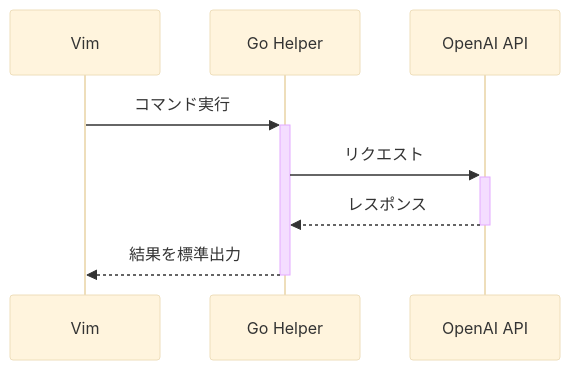
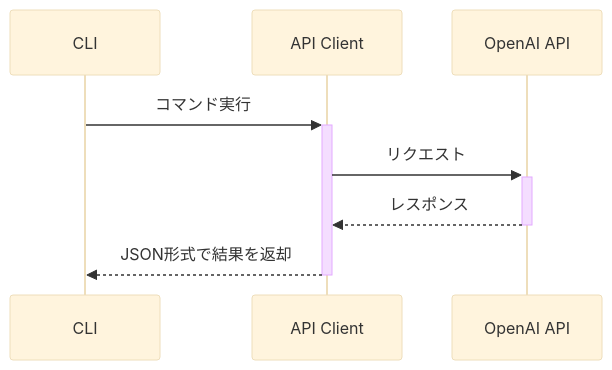
One commit to pankona/makasero changed the diagram in docs/GO_IMPLEMENTATION.md. Above: the diagram before and after it, drawn with Mermaid (base theme). The commit also changed other lines of this file and 5 other files, not shown here.

````diff
--- a/docs/GO_IMPLEMENTATION.md
+++ b/docs/GO_IMPLEMENTATION.md
@@ -24,7 +22,7 @@
 ```mermaid
 sequenceDiagram
-    Vim->>+Go Helper: コマンド実行
-    Go Helper->>+OpenAI API: リクエスト
-    OpenAI API-->>-Go Helper: レスポンス
-    Go Helper-->>-Vim: 結果を標準出力
+    CLI->>+API Client: コマンド実行
+    API Client->>+OpenAI API: リクエスト
+    OpenAI API-->>-API Client: レスポンス
+    API Client-->>-CLI: JSON形式で結果を返却
 ```
````
